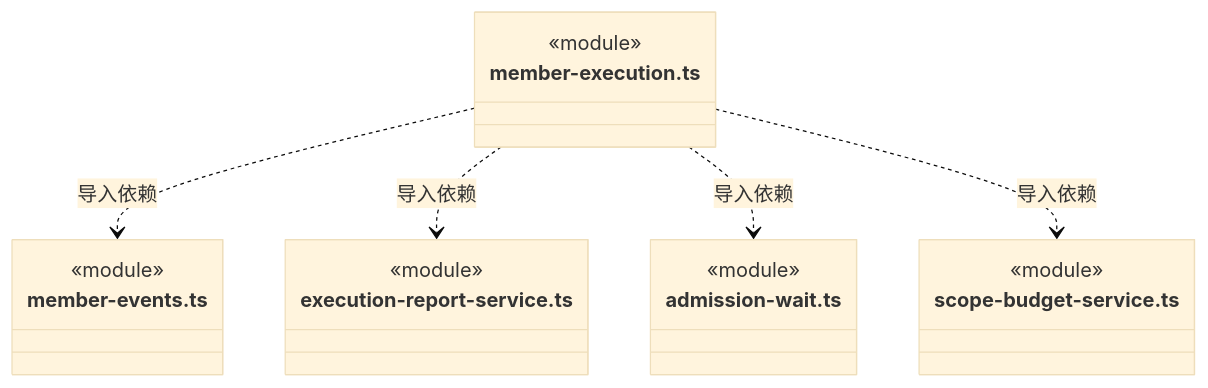
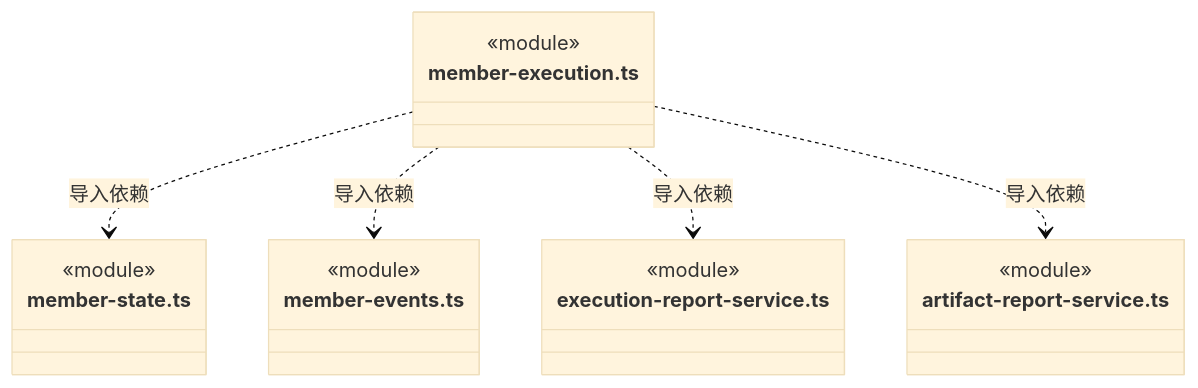
Before and after one commit to nan023062/cbim: diagram 44 of 52 in src/backend/scheduler-engine/execution/ARCHITECTURE.md, drawn with Mermaid (base theme). The commit also changed other lines of this file and 56 other files, not shown here.

````diff
--- a/src/backend/scheduler-engine/execution/ARCHITECTURE.md
+++ b/src/backend/scheduler-engine/execution/ARCHITECTURE.md
@@ -1171,22 +1200,22 @@
 ```mermaid
 classDiagram
 class N_src_backend_scheduler_engine_execution_member_execution_ts["member-execution.ts"] {
+  <<module>>
+}
+class N_src_backend_scheduler_engine_execution_member_state_ts["member-state.ts"] {
   <<module>>
 }
 class N_src_backend_scheduler_engine_execution_member_events_ts["member-events.ts"] {
   <<module>>
 }
 class N_src_backend_scheduler_engine_execution_execution_report_service_ts["execution-report-service.ts"] {
   <<module>>
 }
-class N_src_backend_scheduler_engine_execution_admission_wait_ts["admission-wait.ts"] {
+class N_src_backend_scheduler_engine_execution_artifact_report_service_ts["artifact-report-service.ts"] {
   <<module>>
 }
-class N_src_backend_scheduler_engine_execution_scope_budget_service_ts["scope-budget-service.ts"] {
-  <<module>>
-}
+N_src_backend_scheduler_engine_execution_member_execution_ts ..> N_src_backend_scheduler_engine_execution_member_state_ts : 导入依赖
 N_src_backend_scheduler_engine_execution_member_execution_ts ..> N_src_backend_scheduler_engine_execution_member_events_ts : 导入依赖
 N_src_backend_scheduler_engine_execution_member_execution_ts ..> N_src_backend_scheduler_engine_execution_execution_report_service_ts : 导入依赖
-N_src_backend_scheduler_engine_execution_member_execution_ts ..> N_src_backend_scheduler_engine_execution_admission_wait_ts : 导入依赖
-N_src_backend_scheduler_engine_execution_member_execution_ts ..> N_src_backend_scheduler_engine_execution_scope_budget_service_ts : 导入依赖
+N_src_backend_scheduler_engine_execution_member_execution_ts ..> N_src_backend_scheduler_engine_execution_artifact_report_service_ts : 导入依赖
 ```
````
